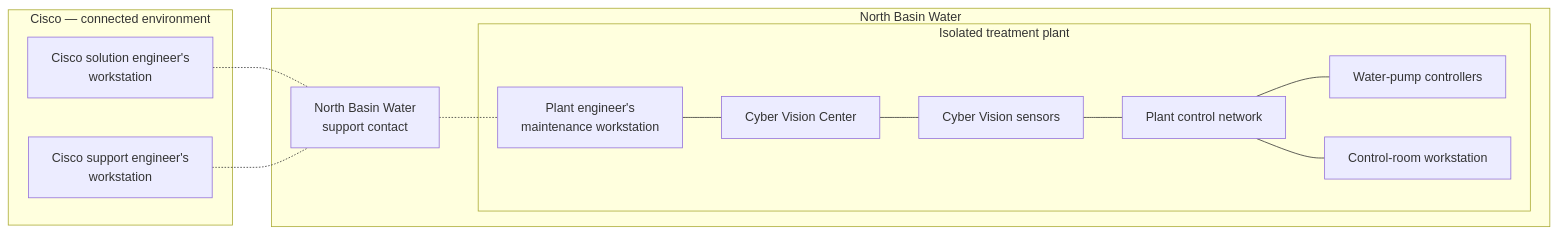
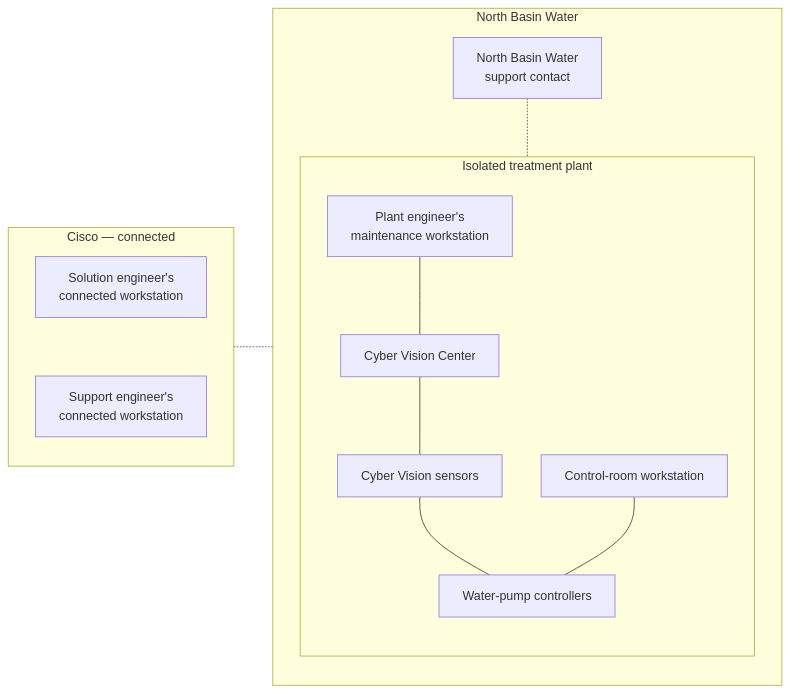
One commit to modern-engineering/prototype changed the diagram in docs/mission/M-07-controlled-disconnected-delivery.md. Above: the diagram before and after it, drawn with Mermaid. The commit also changed other lines of this file, not shown here.

Commit message:
docs: clarify local delivery checks and placement

````diff
--- a/docs/mission/M-07-controlled-disconnected-delivery.md
+++ b/docs/mission/M-07-controlled-disconnected-delivery.md
@@ -37,31 +37,32 @@
 ```mermaid
 flowchart LR
-    subgraph Cisco["Cisco — connected environment"]
-        Solution["Cisco solution engineer's<br/>workstation"]
-        Support["Cisco support engineer's<br/>workstation"]
+    subgraph Cisco["Cisco — connected"]
+        direction TB
+        Solution["Solution engineer's<br/>connected workstation"]
+        Support["Support engineer's<br/>connected workstation"]
+        Solution ~~~ Support
     end
 
     subgraph Customer["North Basin Water"]
+        direction TB
         Contact["North Basin Water<br/>support contact"]
 
         subgraph Plant["Isolated treatment plant"]
+            direction TB
             Maintenance["Plant engineer's<br/>maintenance workstation"]
             Center["Cyber Vision Center"]
             Sensors["Cyber Vision sensors"]
-            Network["Plant control network"]
             Controllers["Water-pump controllers"]
             ControlRoom["Control-room workstation"]
 
             Maintenance --- Center
             Center --- Sensors
-            Sensors --- Network
-            Network --- Controllers
-            Network --- ControlRoom
+            Sensors --- Controllers
+            ControlRoom --- Controllers
         end
 
-        Contact -.- Maintenance
+        Contact -.- Plant
     end
 
-    Solution -.- Contact
-    Support -.- Contact
+    Cisco -.- Customer
 ```
````
